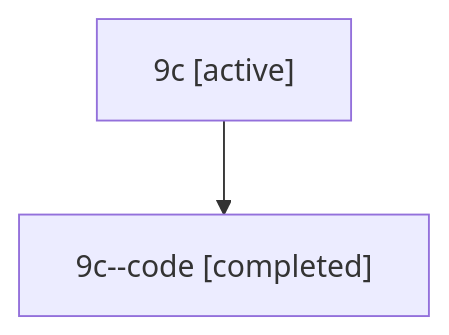
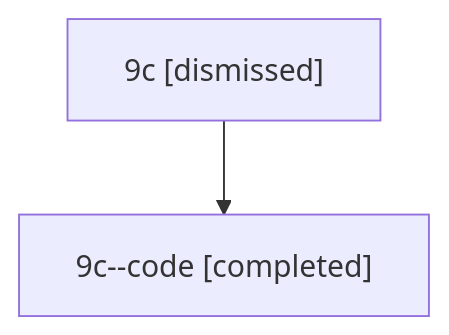
The diagram in sessions/bbugyi200.athena.9c.md (sase-org/sase--agents), drawn with Mermaid before and after one commit. The commit also changed other lines of this file and 15 other files, not shown here.

````diff
--- a/sessions/bbugyi200.athena.9c.md
+++ b/sessions/bbugyi200.athena.9c.md
@@ -9,6 +9,6 @@
 ```mermaid
 flowchart TD
-  n0["9c [active]"]
+  n0["9c [dismissed]"]
   n1["9c--code [completed]"]
   n0 --> n1
 ```
````
